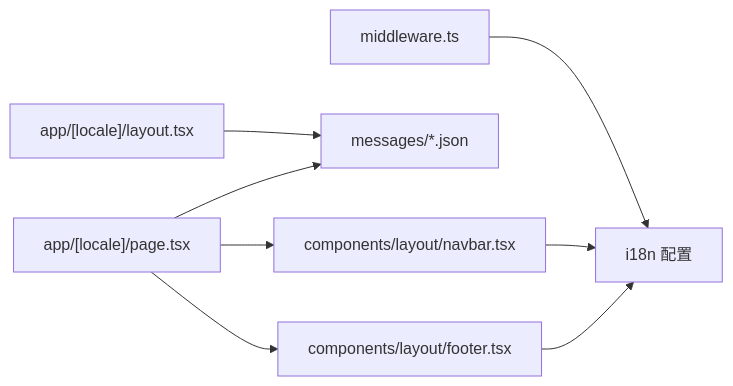
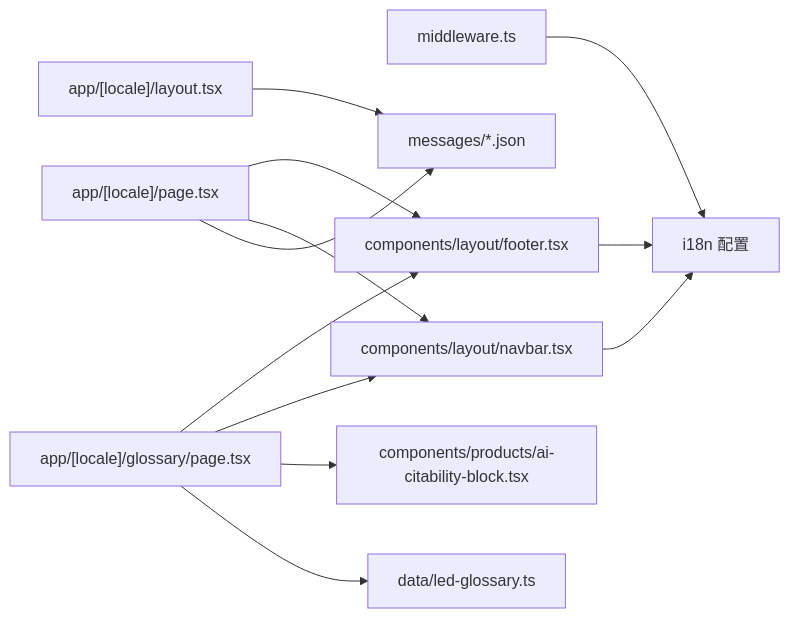
Before and after one commit to waltzhan/LEDTrade: the eighth of 8 diagrams in .qoder/repowiki/zh/content/国际化系统/国际化系统.md, drawn with Mermaid. The commit also changed other lines of this file and 20 other files, not shown here.

````diff
--- a/.qoder/repowiki/zh/content/国际化系统/国际化系统.md
+++ b/.qoder/repowiki/zh/content/国际化系统/国际化系统.md
@@ -285,10 +389,14 @@
 ```mermaid
 graph LR
 MW["middleware.ts"] --> CFG["i18n 配置"]
 LO["app/[locale]/layout.tsx"] --> MSG["messages/*.json"]
 PG["app/[locale]/page.tsx"] --> MSG
+GL["app/[locale]/glossary/page.tsx"] --> DATA["data/led-glossary.ts"]
+GL --> COMP["components/products/ai-citability-block.tsx"]
 NB["components/layout/navbar.tsx"] --> CFG
 FT["components/layout/footer.tsx"] --> CFG
 PG --> NB
 PG --> FT
+GL --> NB
+GL --> FT
 ```
````
